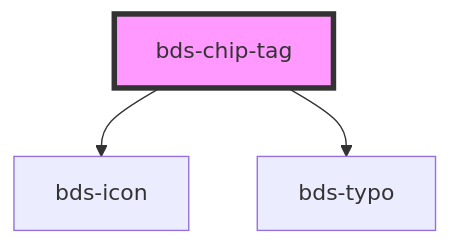
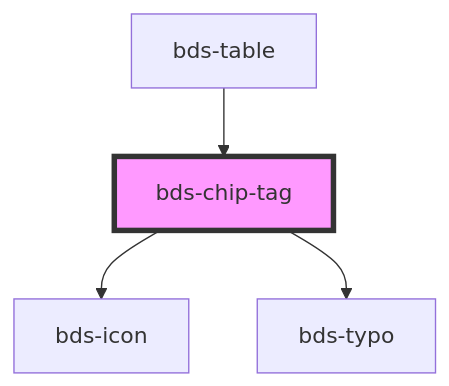
The diagram in src/components/chip-tag/readme.md (takenet/blip-ds), drawn with Mermaid before and after one commit. The commit also changed other lines of this file and 8 other files, not shown here.

````diff
--- a/src/components/chip-tag/readme.md
+++ b/src/components/chip-tag/readme.md
@@ -24,6 +28,7 @@
 ```mermaid
 graph TD;
   bds-chip-tag --> bds-icon
   bds-chip-tag --> bds-typo
+  bds-table --> bds-chip-tag
   style bds-chip-tag fill:#f9f,stroke:#333,stroke-width:4px
 ```
````
